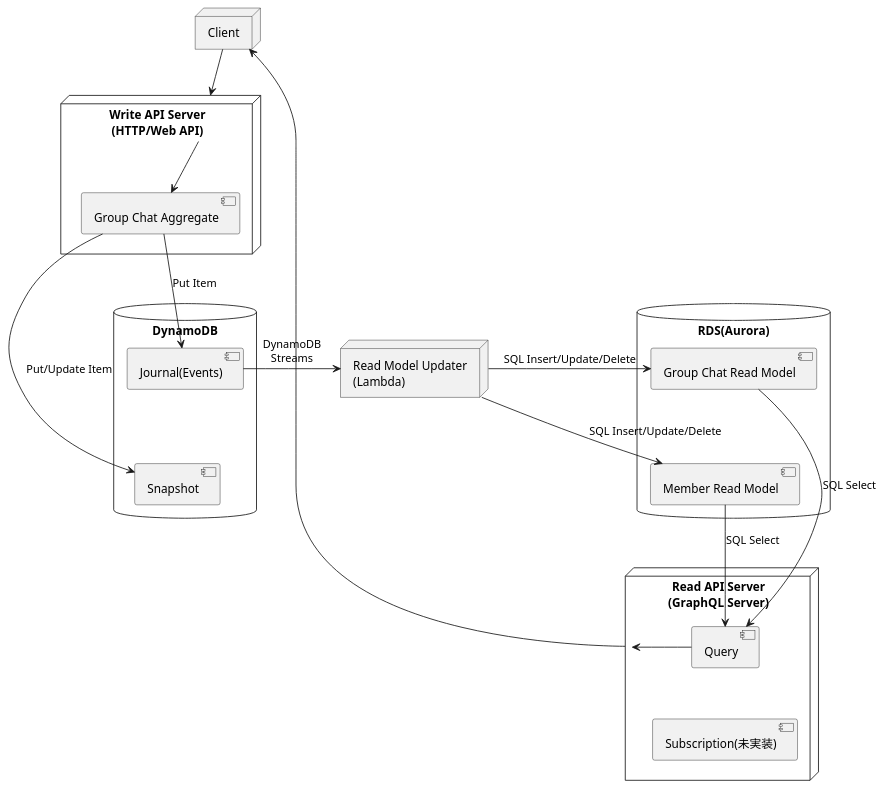
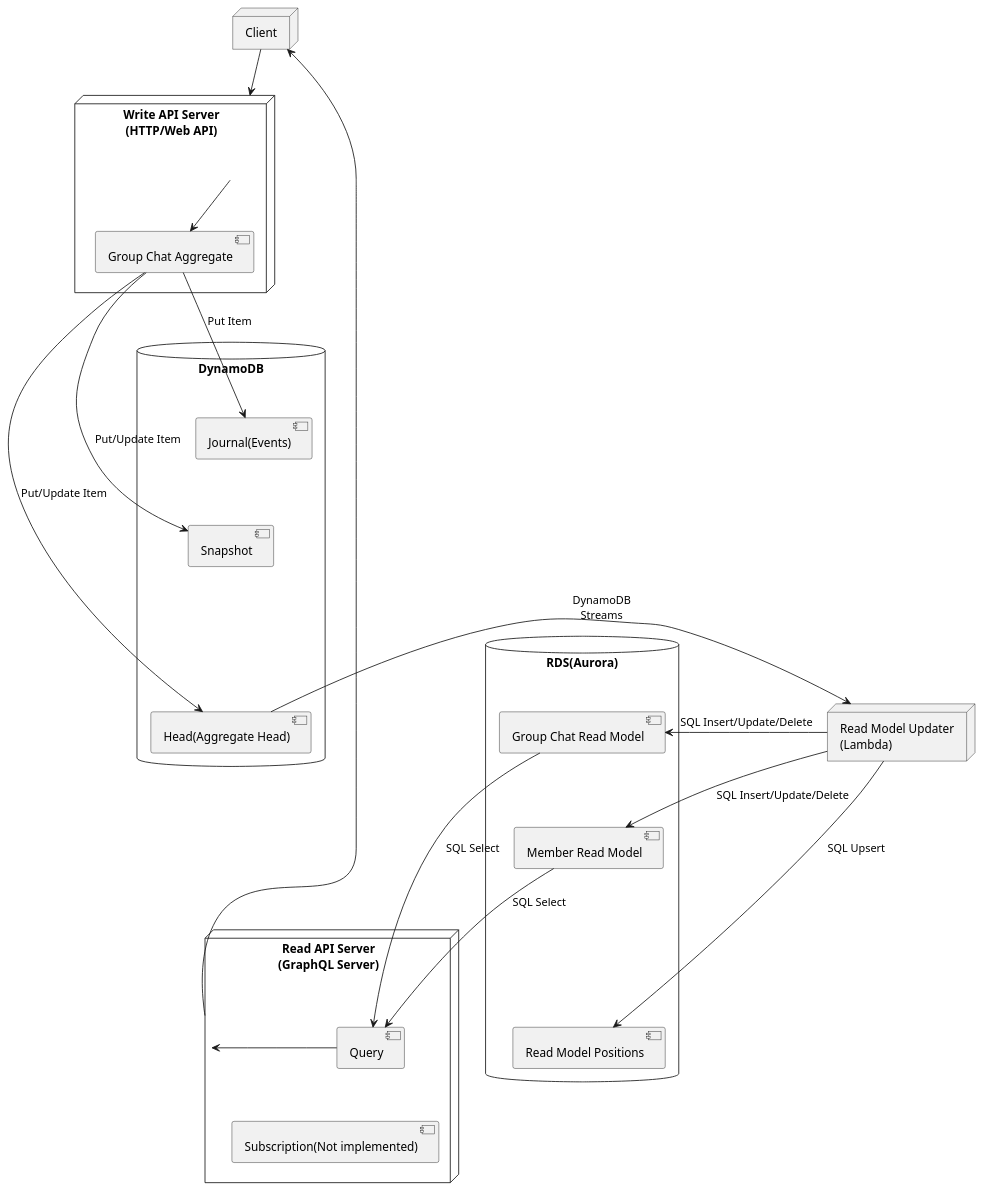
Before and after one commit to j5ik2o/cqrs-es-example-go: the diagram in docs/system-layout.puml, drawn with PlantUML. The commit also changed 17 other files, not shown here.

First line of the commit message:
feat: switch go rmu to aggregate head streams (#678)

```diff
--- a/docs/system-layout.puml
+++ b/docs/system-layout.puml
@@ -1,50 +1,56 @@
 @startuml
 'https://plantuml.com/component-diagram
 
 node "Client" as client {
 }
 
 node "Write API Server\n(HTTP/Web API)" as writeAPI {
     [Group Chat Aggregate] as groupChatAggregate
 }
 
 node "Read API Server\n(GraphQL Server)" as readAPI {
     [Query] as query
-    [Subscription(未実装)] as subscripton
+    [Subscription(Not implemented)] as subscripton
 }
 
 node "Read Model Updater\n(Lambda)" as updater {
 }
 
 database "DynamoDB" {
     [Journal(Events)] as journal
     [Snapshot] as snapshot
+    [Head(Aggregate Head)] as head
 }
 
 database "RDS(Aurora)" {
   [Group Chat Read Model] as groupChat
   [Member Read Model] as member
+  [Read Model Positions] as positions
 }
 
 journal -[hidden]- snapshot
+snapshot -[hidden]- head
 groupChat -[hidden]- member
+member -[hidden]- positions
 query -[hidden]- subscripton
 
 writeAPI -d-> groupChatAggregate
 
 groupChatAggregate -d-> journal: Put Item
 groupChatAggregate -d-> snapshot: Put/Update Item
+groupChatAggregate -d-> head: Put/Update Item
 
-journal -r-> updater: DynamoDB\nStreams
+head -r-> updater: DynamoDB\nStreams
 
 updater -r-> groupChat: SQL Insert/Update/Delete
 updater -r-> member: SQL Insert/Update/Delete
+updater -r-> positions: SQL Upsert
 
 groupChat --> query: SQL Select
 member --> query: SQL Select
 query -> readAPI
 
 client -d-> writeAPI
 client <-r- readAPI
 
 @enduml
```
